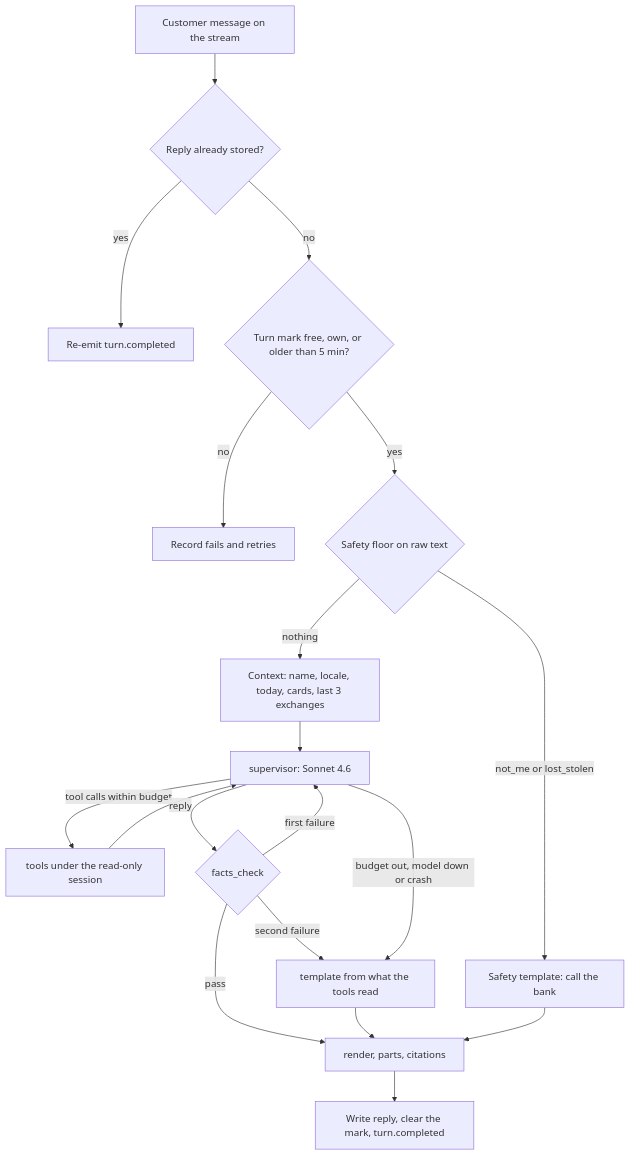
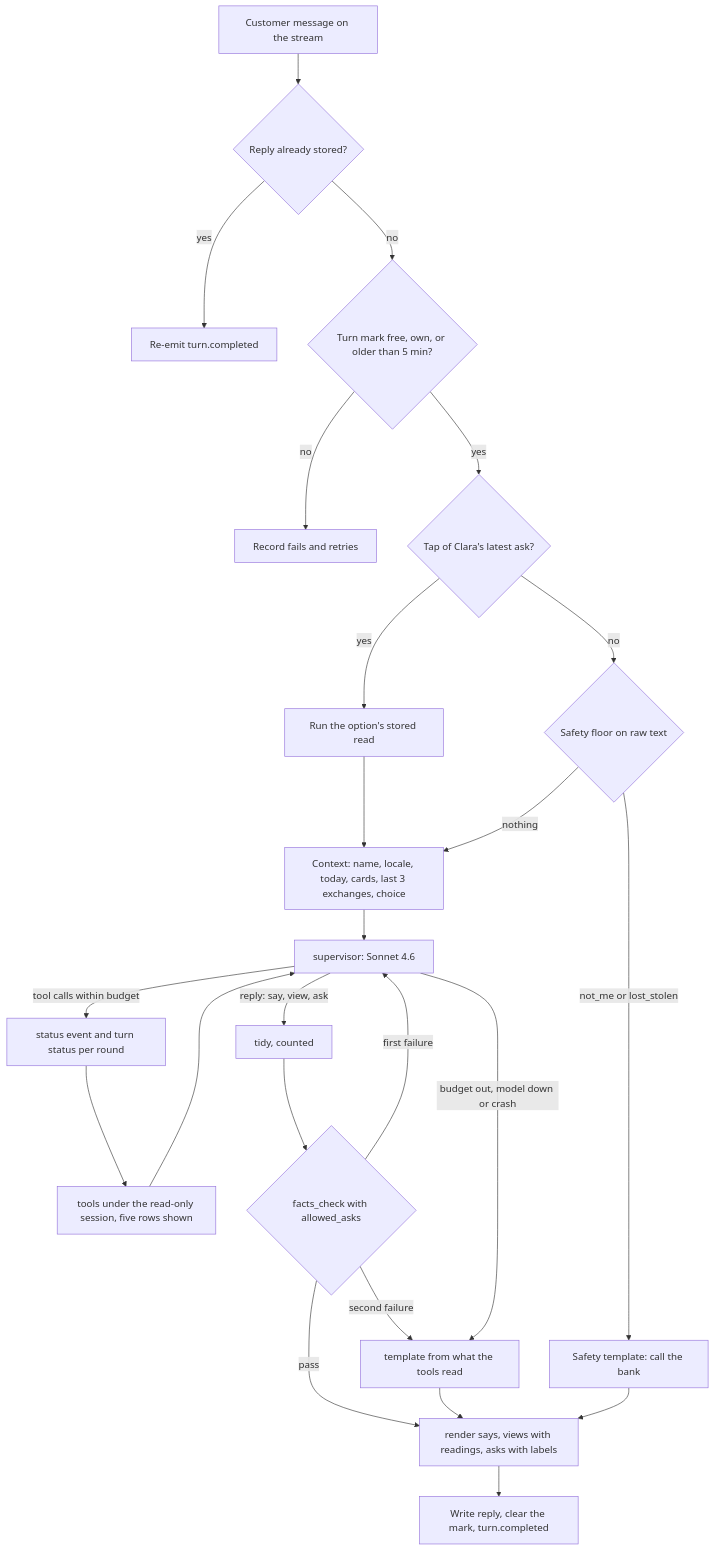
The first of 2 diagrams in docs/modules/assistant/flows.md (Team-ACGS/factored-hackathon-2026-acgs), drawn with Mermaid before and after one commit. The commit also changed other lines of this file and 10 other files, not shown here.

````diff
--- a/docs/modules/assistant/flows.md
+++ b/docs/modules/assistant/flows.md
@@ -13,21 +13,24 @@
 ```mermaid
 flowchart TD
     A[Customer message on the stream] --> R{Reply already stored?}
     R -- yes --> E[Re-emit turn.completed]
     R -- no --> TM{Turn mark free, own, or older than 5 min?}
     TM -- no --> RETRY[Record fails and retries]
-    TM -- yes --> FL{Safety floor on raw text}
+    TM -- yes --> TAP{Tap of Clara's latest ask?}
+    TAP -- yes --> READ[Run the option's stored read] --> CTX
+    TAP -- no --> FL{Safety floor on raw text}
     FL -- not_me or lost_stolen --> ST[Safety template: call the bank]
-    FL -- nothing --> CTX[Context: name, locale, today, cards, last 3 exchanges]
+    FL -- nothing --> CTX[Context: name, locale, today, cards, last 3 exchanges, choice]
     CTX --> SUP[supervisor: Sonnet 4.6]
-    SUP -- tool calls within budget --> TOOLS[tools under the read-only session]
+    SUP -- tool calls within budget --> STATUS[status event and turn status per round]
+    STATUS --> TOOLS[tools under the read-only session, five rows shown]
     TOOLS --> SUP
-    SUP -- reply --> CHK{facts_check}
-    CHK -- pass --> FIN[render, parts, citations]
+    SUP -- reply: say, view, ask --> TIDY[tidy, counted] --> CHK{facts_check with allowed_asks}
+    CHK -- pass --> FIN[render says, views with readings, asks with labels]
     CHK -- first failure --> SUP
     CHK -- second failure --> FB[template from what the tools read]
     SUP -- budget out, model down or crash --> FB
     FB --> FIN
     ST --> FIN
     FIN --> W[Write reply, clear the mark, turn.completed]
 ```
````
